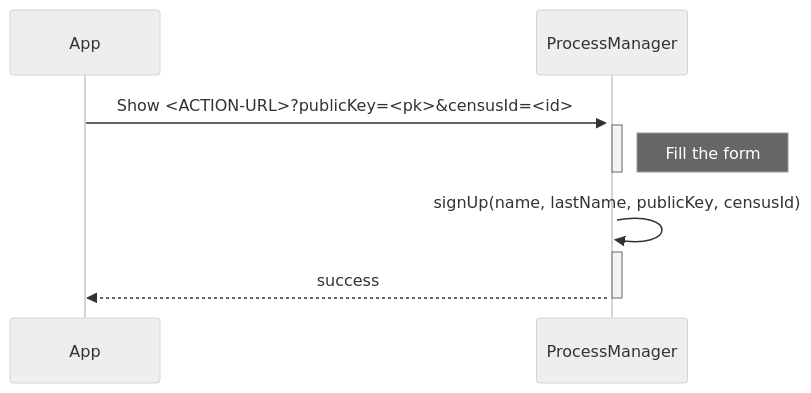
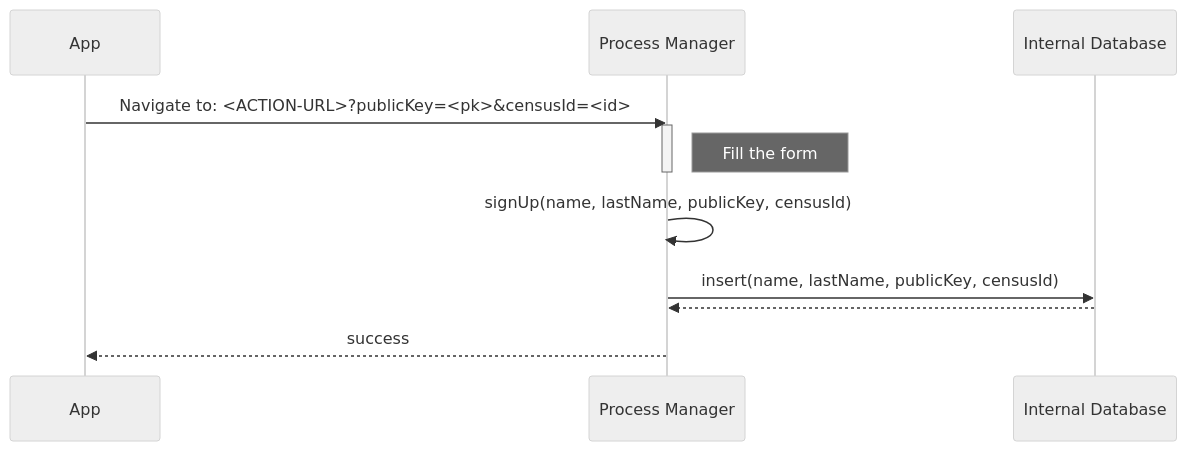
One commit to vocdoni/docs changed the fifth of 6 diagrams in docs/protocol/sequence-diagrams.md. Above: the diagram before and after it, drawn with Mermaid (neutral theme). The commit also changed other lines of this file and 1 other file, not shown here.

Commit message:
Adding users to a census

````diff
--- a/docs/protocol/sequence-diagrams.md
+++ b/docs/protocol/sequence-diagrams.md
@@ -95,11 +109,18 @@
 ```mermaid
 sequenceDiagram
-    App->>+ProcessManager: Show <ACTION-URL>?publicKey=<pk>&censusId=<id>
-        activate ProcessManager
-        Note right of ProcessManager: Fill the form
-        deactivate ProcessManager
+    participant App
+    participant PM as Process Manager
+    participant DB as Internal Database
 
-        ProcessManager->>+ProcessManager: signUp(name, lastName, publicKey, censusId)
-    ProcessManager-->>-App: success
+    App->>PM: Navigate to: <ACTION-URL>?publicKey=<pk>&censusId=<id>
+        activate PM
+            Note right of PM: Fill the form
+        deactivate PM
+
+        PM->>PM: signUp(name, lastName, publicKey, censusId)
+
+        PM->>DB: insert(name, lastName, publicKey, censusId)
+        DB-->>PM: 
+    PM-->>App: success
 
 ```
````
